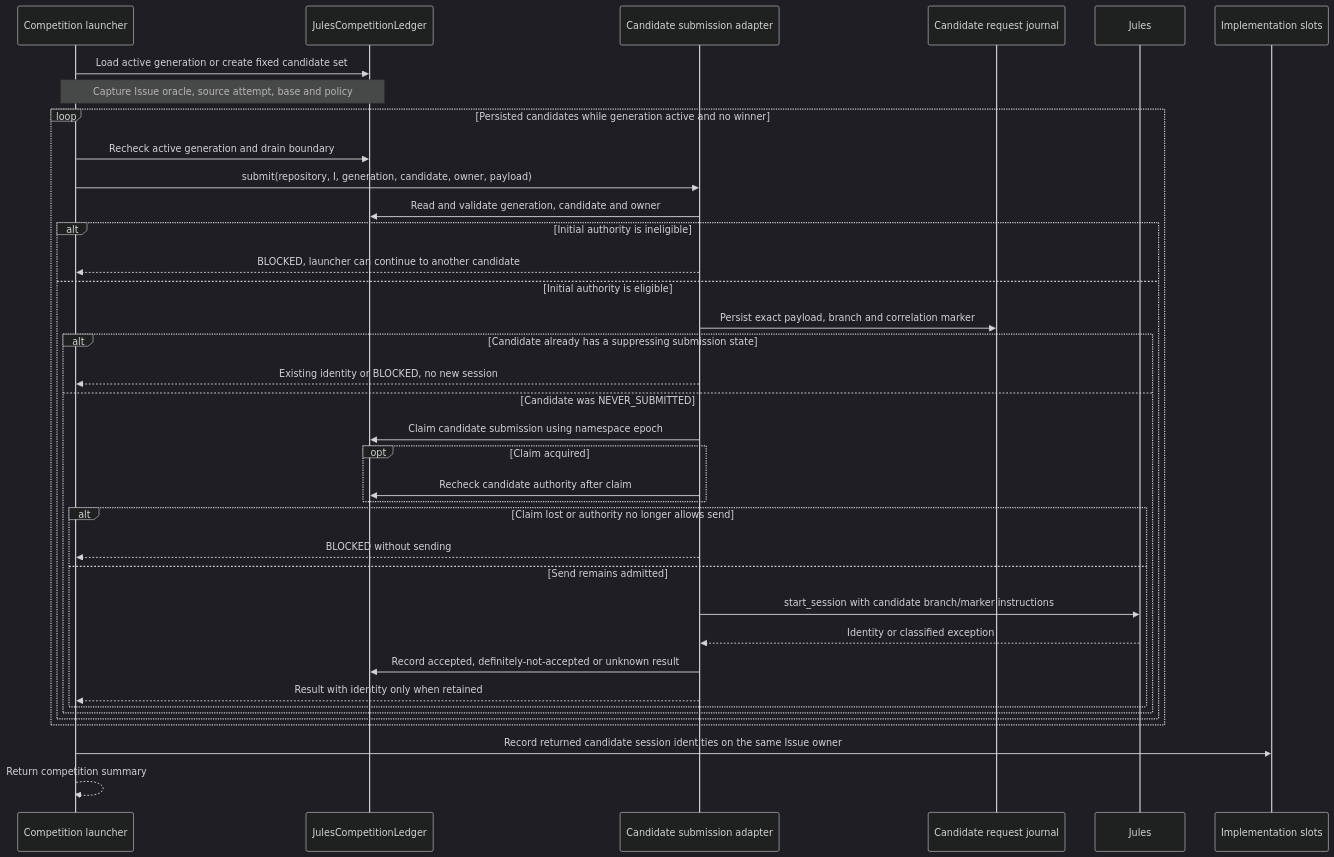
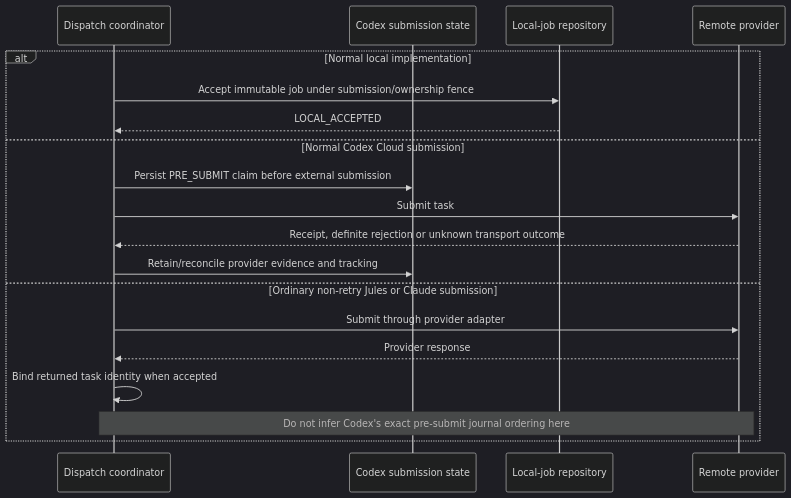
Before and after one commit to kitamura-tetsuo/auto-coder: the second of 2 diagrams in docs/architecture/as-is/issue-provider-dispatch.md, drawn with Mermaid (dark theme). The commit also changed other lines of this file and 14 other files, not shown here.

First line of the commit message:
docs: refresh as-is sequences and map refactoring boundaries

````diff
--- a/docs/architecture/as-is/issue-provider-dispatch.md
+++ b/docs/architecture/as-is/issue-provider-dispatch.md
@@ -155,39 +41,21 @@
 ```mermaid
 sequenceDiagram
-    participant H as Competition launcher
-    participant L as JulesCompetitionLedger
-    participant A as Candidate submission adapter
-    participant D as Candidate request journal
-    participant J as Jules
-    participant S as Implementation slots
-    H->>L: Load active generation or create fixed candidate set
-    Note over H,L: Capture Issue oracle, source attempt, base and policy
-    loop Persisted candidates while generation active and no winner
-        H->>L: Recheck active generation and drain boundary
-        H->>A: submit(repository, I, generation, candidate, owner, payload)
-        A->>L: Read and validate generation, candidate and owner
-        alt Initial authority is ineligible
-            A-->>H: BLOCKED, launcher can continue to another candidate
-        else Initial authority is eligible
-            A->>D: Persist exact payload, branch and correlation marker
-            alt Candidate already has a suppressing submission state
-                A-->>H: Existing identity or BLOCKED, no new session
-            else Candidate was NEVER_SUBMITTED
-                A->>L: Claim candidate submission using namespace epoch
-                opt Claim acquired
-                    A->>L: Recheck candidate authority after claim
-                end
-                alt Claim lost or authority no longer allows send
-                    A-->>H: BLOCKED without sending
-                else Send remains admitted
-                    A->>J: start_session with candidate branch/marker instructions
-                    J-->>A: Identity or classified exception
-                    A->>L: Record accepted, definitely-not-accepted or unknown result
-                    A-->>H: Result with identity only when retained
-                end
-            end
-        end
+    participant D as Dispatch coordinator
+    participant C as Codex submission state
+    participant L as Local-job repository
+    participant R as Remote provider
+    alt Normal local implementation
+        D->>L: Accept immutable job under submission/ownership fence
+        L-->>D: LOCAL_ACCEPTED
+    else Normal Codex Cloud submission
+        D->>C: Persist PRE_SUBMIT claim before external submission
+        D->>R: Submit task
+        R-->>D: Receipt, definite rejection or unknown transport outcome
+        D->>C: Retain/reconcile provider evidence and tracking
+    else Ordinary non-retry Jules or Claude submission
+        D->>R: Submit through provider adapter
+        R-->>D: Provider response
+        D->>D: Bind returned task identity when accepted
+        Note over D,R: Do not infer Codex's exact pre-submit journal ordering here
     end
-    H->>S: Record returned candidate session identities on the same Issue owner
-    H-->>H: Return competition summary
 ```
````
